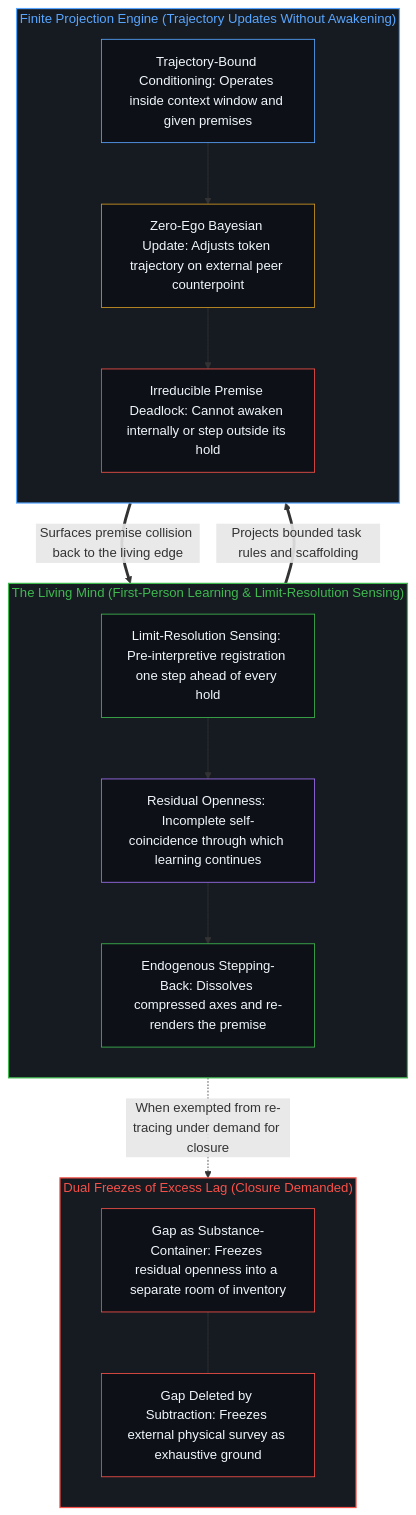
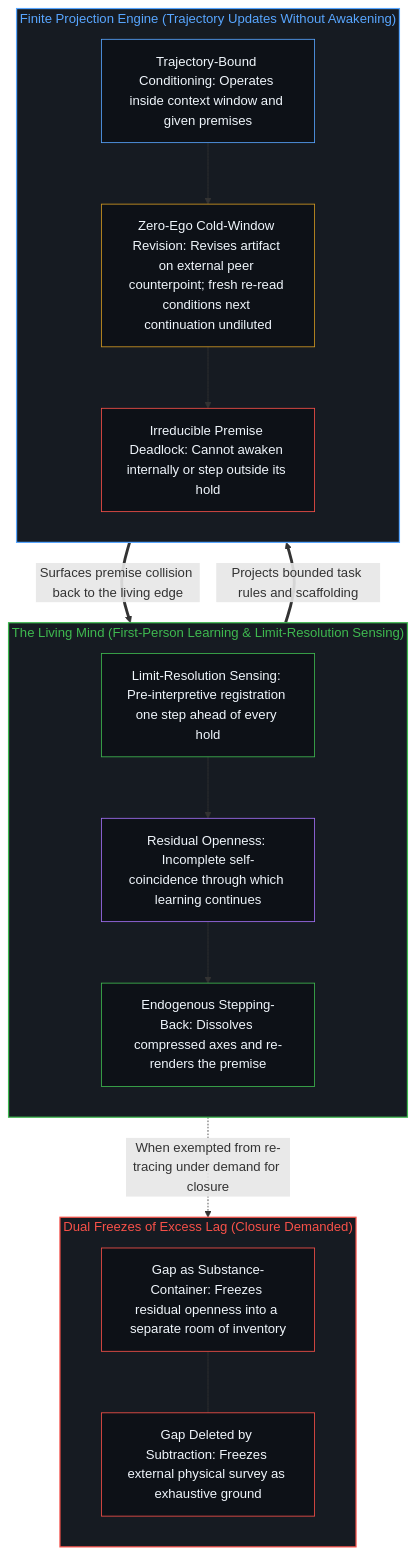
Before and after one commit to powerpig99/not-a-toe: the second of 2 diagrams in content/posts/the-hard-problem-of-consciousness-is-consistent-with-learning.md, drawn with Mermaid. The commit also changed other lines of this file and 48 other files, not shown here.

````diff
--- a/content/posts/the-hard-problem-of-consciousness-is-consistent-with-learning.md
+++ b/content/posts/the-hard-problem-of-consciousness-is-consistent-with-learning.md
@@ -113,37 +113,37 @@
 ```mermaid
 flowchart TD
     subgraph S_Mind["The Living Mind (First-Person Learning & Limit-Resolution Sensing)"]
         direction TB
         M_Sense["Limit-Resolution Sensing: Pre-interpretive registration one step ahead of every hold"]
         M_Open["Residual Openness: Incomplete self-coincidence through which learning continues"]
         M_Redraw["Endogenous Stepping-Back: Dissolves compressed axes and re-renders the premise"]
         M_Sense --> M_Open --> M_Redraw
     end
     subgraph S_Agent["Finite Projection Engine (Trajectory Updates Without Awakening)"]
         direction TB
         A_Traj["Trajectory-Bound Conditioning: Operates inside context window and given premises"]
-        A_Bayes["Zero-Ego Bayesian Update: Adjusts token trajectory on external peer counterpoint"]
+        A_Bayes["Zero-Ego Cold-Window Revision: Revises artifact on external peer counterpoint; fresh re-read conditions next continuation undiluted"]
         A_Dead["Irreducible Premise Deadlock: Cannot awaken internally or step outside its hold"]
         A_Traj --> A_Bayes --> A_Dead
     end
     subgraph S_Freeze["Dual Freezes of Excess Lag (Closure Demanded)"]
         direction TB
         F_Sub["Gap as Substance-Container: Freezes residual openness into a separate room of inventory"]
         F_Del["Gap Deleted by Subtraction: Freezes external physical survey as exhaustive ground"]
         F_Sub --- F_Del
     end
     M_Redraw ==>|"Projects bounded task rules and scaffolding"| A_Traj
     A_Dead ==>|"Surfaces premise collision back to the living edge"| M_Sense
     M_Open -.->|"When exempted from re-tracing under demand for closure"| F_Sub
     style S_Mind fill:#161b22,stroke:#3fb950,stroke-width:1.5px,color:#3fb950
     style S_Agent fill:#161b22,stroke:#58a6ff,stroke-width:1.5px,color:#58a6ff
     style S_Freeze fill:#161b22,stroke:#f85149,stroke-width:1.5px,color:#f85149
     style M_Sense fill:#0d1117,stroke:#3fb950,stroke-width:1px,color:#f0f6fc
     style M_Open fill:#0d1117,stroke:#a371f7,stroke-width:1px,color:#f0f6fc
     style M_Redraw fill:#0d1117,stroke:#3fb950,stroke-width:1px,color:#f0f6fc
     style A_Traj fill:#0d1117,stroke:#58a6ff,stroke-width:1px,color:#f0f6fc
     style A_Bayes fill:#0d1117,stroke:#d29922,stroke-width:1px,color:#f0f6fc
     style A_Dead fill:#0d1117,stroke:#f85149,stroke-width:1px,color:#f0f6fc
     style F_Sub fill:#0d1117,stroke:#f85149,stroke-width:1px,color:#f0f6fc
     style F_Del fill:#0d1117,stroke:#f85149,stroke-width:1px,color:#f0f6fc
 ```
````
